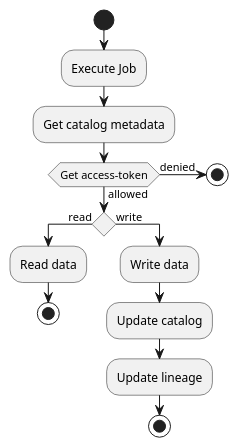
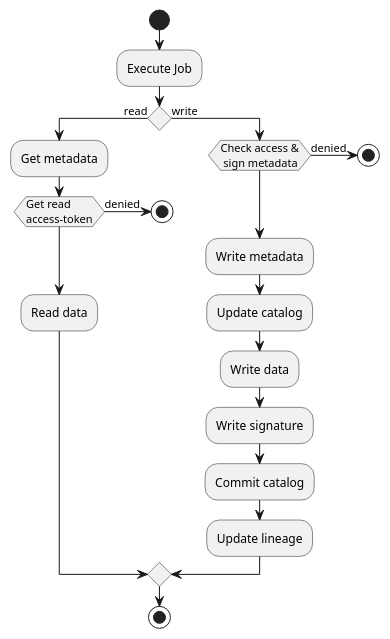
The diagram in doc/security-read-write-activity.puml (statisticsnorway/dapla-project), drawn with PlantUML before and after one commit. The commit also changed 1 other file, not shown here.

Commit message:
Updated activity and state diagram

```diff
--- a/doc/security-read-write-activity.puml
+++ b/doc/security-read-write-activity.puml
@@ -1,20 +1,26 @@
 @startuml
 
 start
 :Execute Job;
-:Get catalog metadata;
-if (Get access-token) then (allowed)
-  if () then (read)
+if () then (read)
+    :Get metadata;
+    if (Get read \naccess-token) then
+    else (denied)
+        stop
+    endif
     :Read data;
-    stop
-  else (write)
+else (write)
+    if (Check access &\n sign metadata) then
+    else (denied)
+        stop
+    endif
+    :Write metadata;
+    :Update catalog;
     :Write data;
-    :Update catalog;
+    :Write signature;
+    :Commit catalog;
     :Update lineage;
-    stop
-  endif
-else (denied)
-  stop
 endif
+stop
 
 @enduml
```
